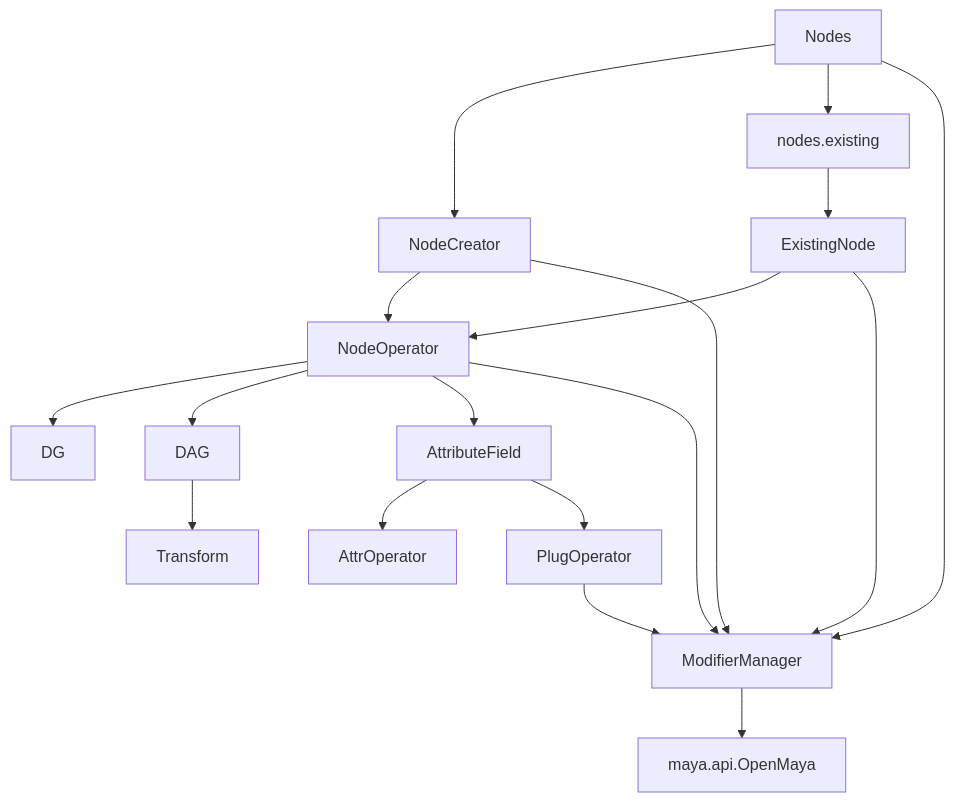
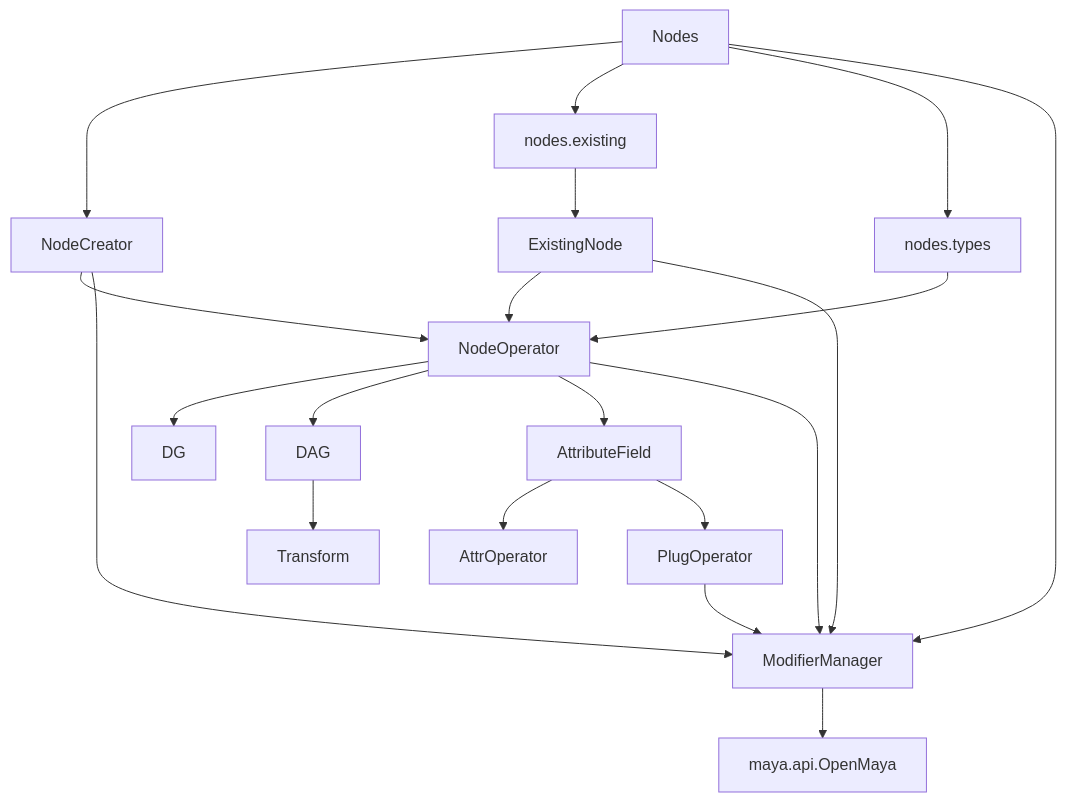
One commit to AkihiroMamiduka/bakedanuki-util changed the diagram in bakedanuki/bakedanuki-util/docs/maya/node_operator/README.md. Above: the diagram before and after it, drawn with Mermaid. The commit also changed other lines of this file and 16 other files, not shown here.

Commit message:
feat: nodes.types.~ で各 NodeOperator クラスへアクセスできる入り口を追加

````diff
--- a/bakedanuki/bakedanuki-util/docs/maya/node_operator/README.md
+++ b/bakedanuki/bakedanuki-util/docs/maya/node_operator/README.md
@@ -56,34 +58,37 @@
 ```mermaid
 flowchart TD
     NodeOperator["NodeOperator"]
     DG["DG"]
     DAG["DAG"]
     Transform["Transform"]
     AttributeField["AttributeField"]
     AttrOperator["AttrOperator"]
     PlugOperator["PlugOperator"]
     ModifierManager["ModifierManager"]
     Nodes["Nodes"]
     NodeCreator["NodeCreator"]
     ExistingAccessor["nodes.existing"]
     ExistingNode["ExistingNode"]
+    NodeTypes["nodes.types"]
     OpenMaya["maya.api.OpenMaya"]
 
     Nodes --> NodeCreator
     Nodes --> ExistingAccessor
+    Nodes --> NodeTypes
     Nodes --> ModifierManager
     ExistingAccessor --> ExistingNode
     NodeCreator --> NodeOperator
     NodeCreator --> ModifierManager
     ExistingNode --> NodeOperator
     ExistingNode --> ModifierManager
+    NodeTypes --> NodeOperator
     NodeOperator --> DG
     NodeOperator --> DAG
     DAG --> Transform
     NodeOperator --> AttributeField
     AttributeField --> AttrOperator
     AttributeField --> PlugOperator
     PlugOperator --> ModifierManager
     NodeOperator --> ModifierManager
     ModifierManager --> OpenMaya
 ```
````
